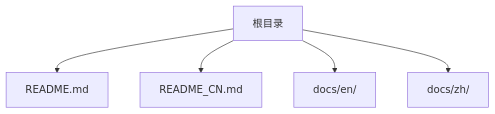
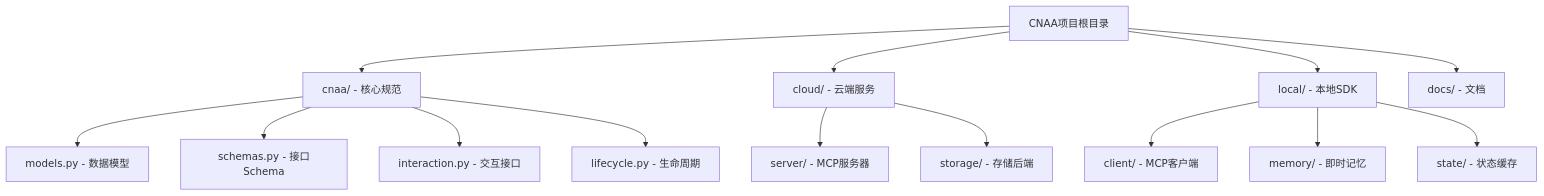
Before and after one commit to lgx236/CNAA-Cloud-Native-Agent-Architecture-: the first of 6 diagrams in .qoder/repowiki/zh/content/架构设计/架构设计.md, drawn with Mermaid. The commit also changed other lines of this file and 80 other files, not shown here.

````diff
--- a/.qoder/repowiki/zh/content/架构设计/架构设计.md
+++ b/.qoder/repowiki/zh/content/架构设计/架构设计.md
@@ -30,7 +47,16 @@
 ```mermaid
 graph TB
-A["根目录"] --> B["README.md"]
-A --> C["README_CN.md"]
-A --> D["docs/en/"]
-A --> E["docs/zh/"]
+A["CNAA项目根目录"] --> B["cnaa/ - 核心规范"]
+A --> C["cloud/ - 云端服务"]
+A --> D["local/ - 本地SDK"]
+A --> E["docs/ - 文档"]
+B --> B1["models.py - 数据模型"]
+B --> B2["schemas.py - 接口Schema"]
+B --> B3["interaction.py - 交互接口"]
+B --> B4["lifecycle.py - 生命周期"]
+C --> C1["server/ - MCP服务器"]
+C --> C2["storage/ - 存储后端"]
+D --> D1["client/ - MCP客户端"]
+D --> D2["memory/ - 即时记忆"]
+D --> D3["state/ - 状态缓存"]
 ```
````
